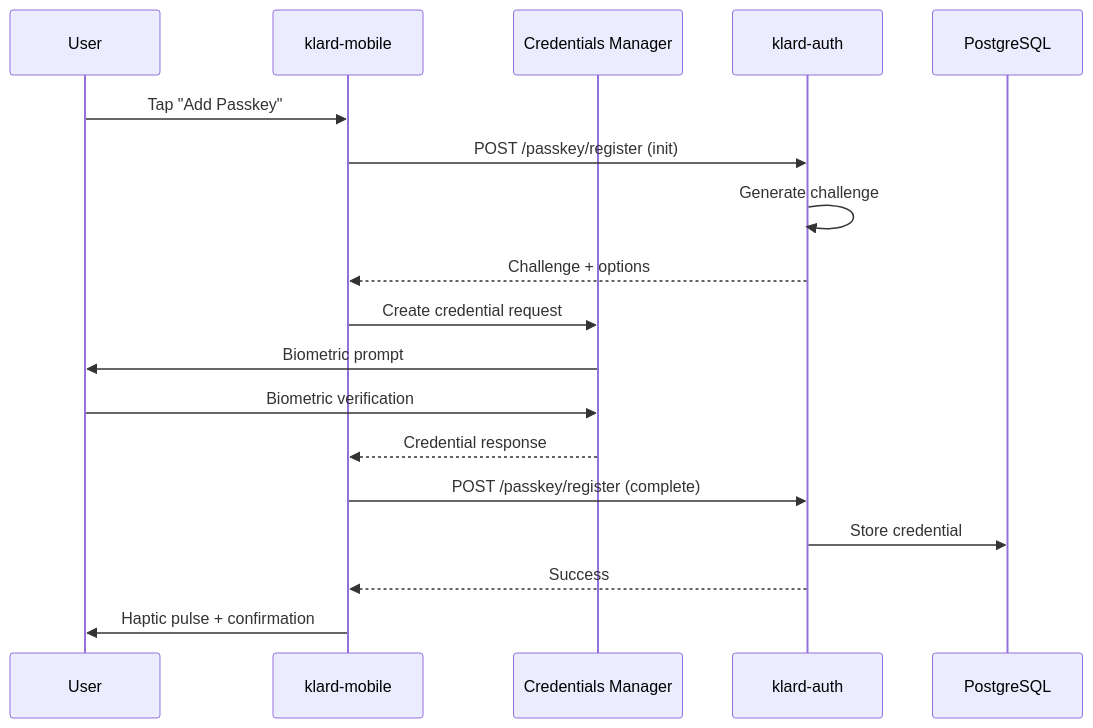
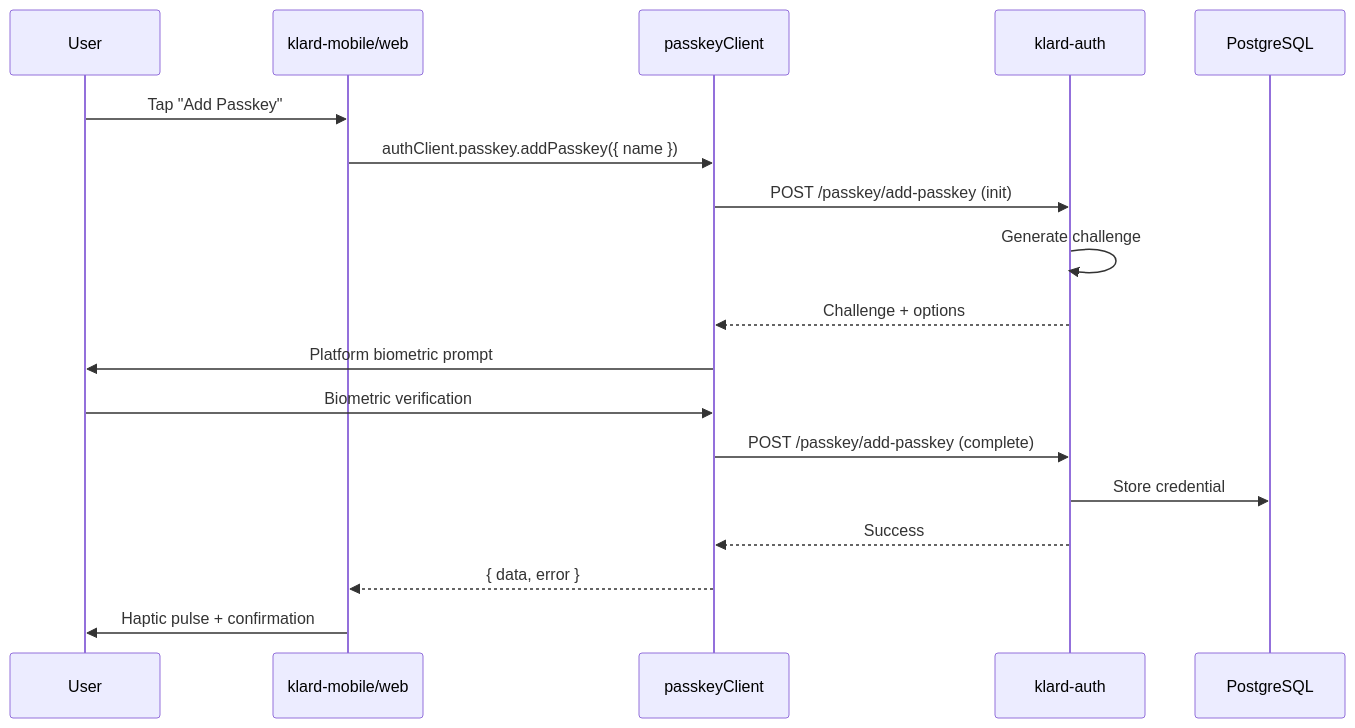
The second of 3 diagrams in docs/agile/prds/2025-12-16-passkey-auth-prd.md (drcraig20/klard-apps), drawn with Mermaid before and after one commit. The commit also changed other lines of this file and 7 other files, not shown here.

First line of the commit message:
refactor(agile): rename feature to passkey-auth with web+mobile scope

````diff
--- a/docs/agile/prds/2025-12-16-passkey-auth-prd.md
+++ b/docs/agile/prds/2025-12-16-passkey-auth-prd.md
@@ -166,21 +193,21 @@
 ```mermaid
 sequenceDiagram
     participant U as User
-    participant M as klard-mobile
-    participant CM as Credentials Manager
+    participant App as klard-mobile/web
+    participant PC as passkeyClient
     participant A as klard-auth
     participant DB as PostgreSQL
 
-    U->>M: Tap "Add Passkey"
-    M->>A: POST /passkey/register (init)
+    U->>App: Tap "Add Passkey"
+    App->>PC: authClient.passkey.addPasskey({ name })
+    PC->>A: POST /passkey/add-passkey (init)
     A->>A: Generate challenge
-    A-->>M: Challenge + options
-    M->>CM: Create credential request
-    CM->>U: Biometric prompt
-    U->>CM: Biometric verification
-    CM-->>M: Credential response
-    M->>A: POST /passkey/register (complete)
+    A-->>PC: Challenge + options
+    PC->>U: Platform biometric prompt
+    U->>PC: Biometric verification
+    PC->>A: POST /passkey/add-passkey (complete)
     A->>DB: Store credential
-    A-->>M: Success
-    M->>U: Haptic pulse + confirmation
+    A-->>PC: Success
+    PC-->>App: { data, error }
+    App->>U: Haptic pulse + confirmation
 ```
````
